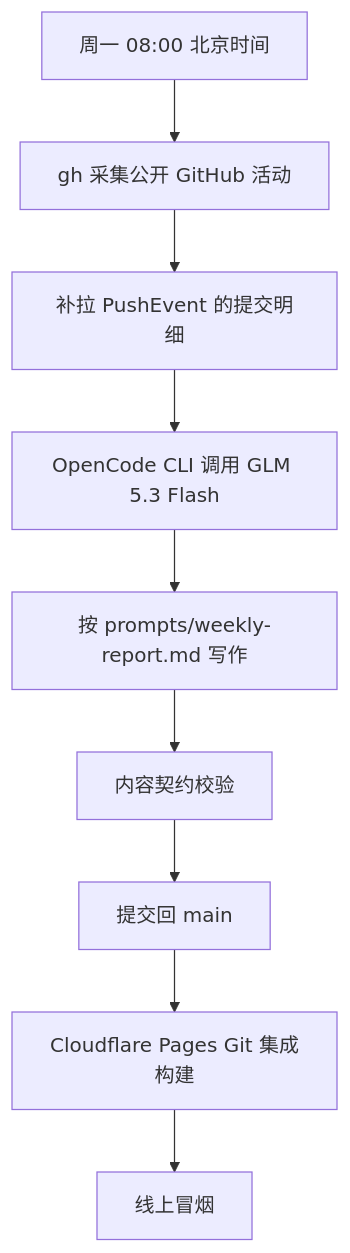
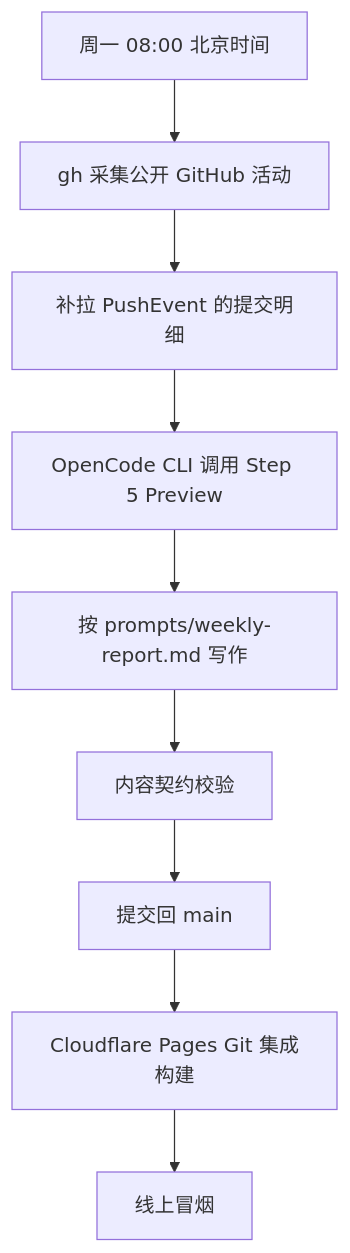
Before and after one commit to 3y3y3y-huaiji/hugo-blog-loveit-theme: the diagram in content/about/index.md, drawn with Mermaid. The commit also changed other lines of this file and 19 other files, not shown here.

First line of the commit message:
feat(weekly): switch report model to Step 5 Preview

````diff
--- a/content/about/index.md
+++ b/content/about/index.md
@@ -22,11 +22,11 @@
 ```mermaid
 graph TD
     A[周一 08:00 北京时间] --> B[gh 采集公开 GitHub 活动]
     B --> C[补拉 PushEvent 的提交明细]
-    C --> D[OpenCode CLI 调用 GLM 5.3 Flash]
+    C --> D[OpenCode CLI 调用 Step 5 Preview]
     D --> E[按 prompts/weekly-report.md 写作]
     E --> F[内容契约校验]
     F --> G[提交回 main]
     G --> H[Cloudflare Pages Git 集成构建]
     H --> I[线上冒烟]
 ```
````
